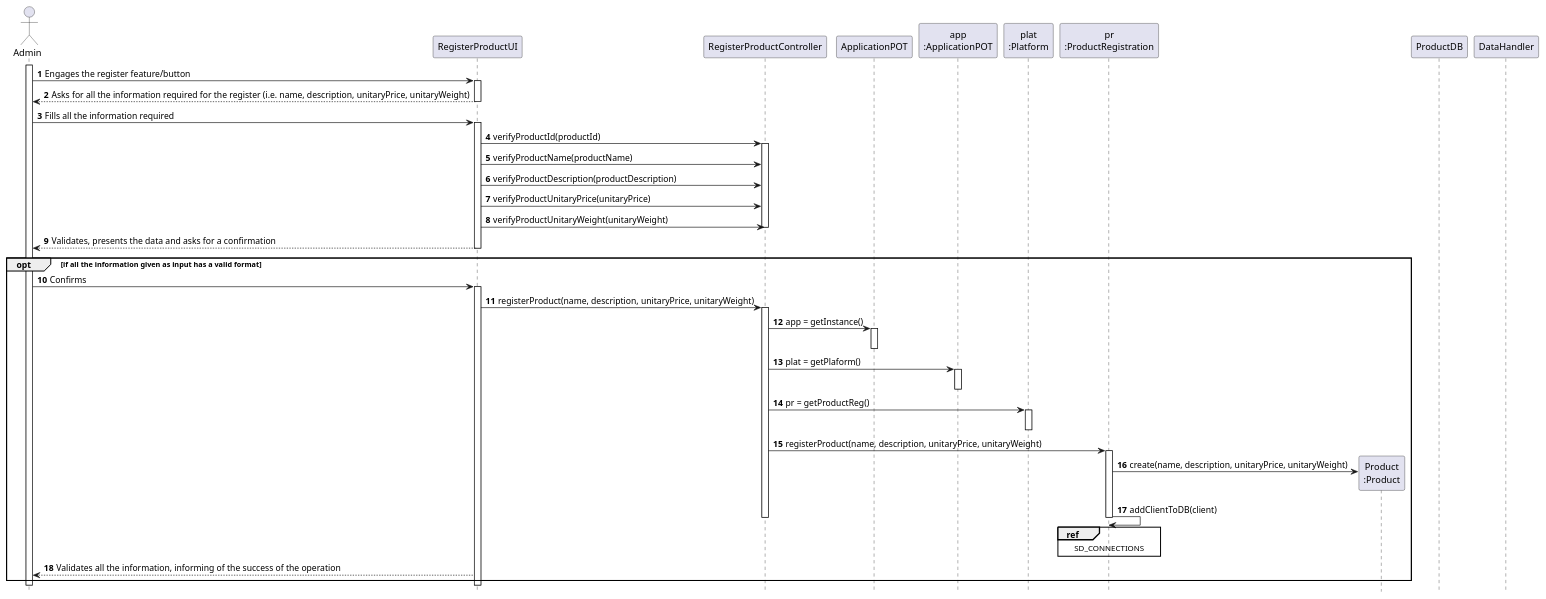
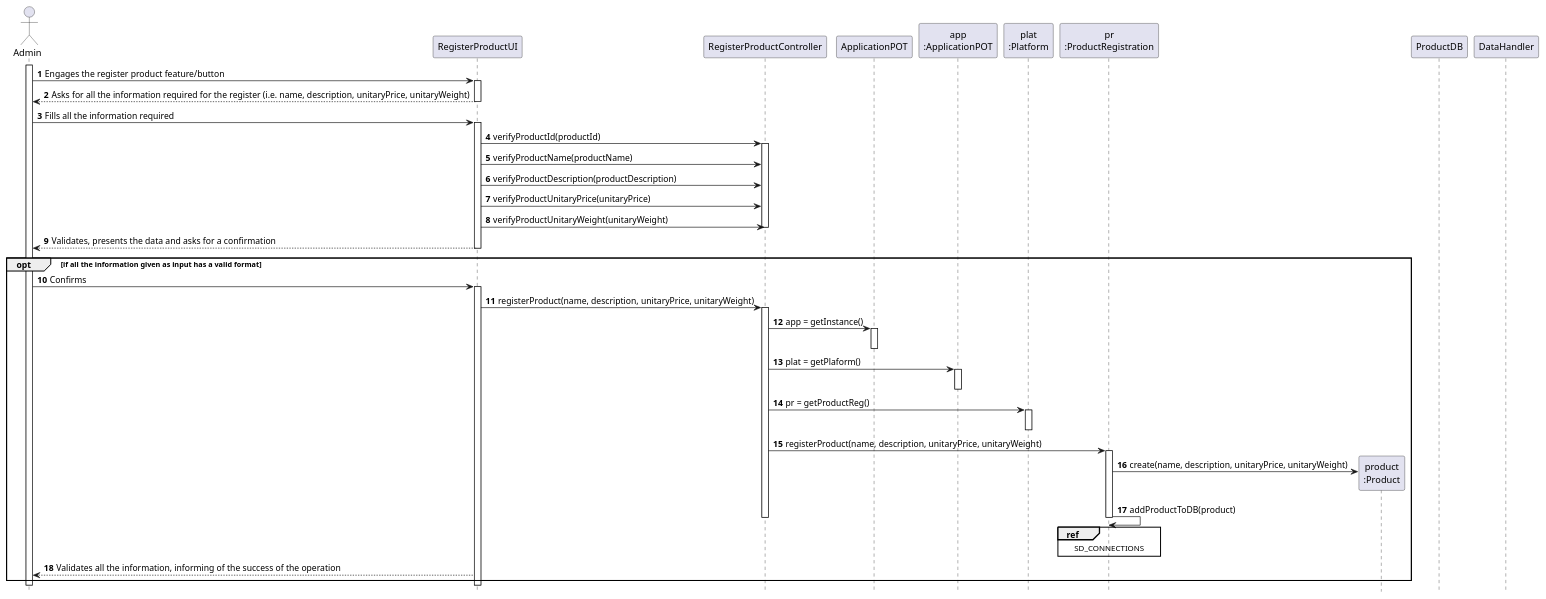
Before and after one commit to tiagoavcosta25/LAPR3: the diagram in docs/Iteration 1/Product Management/US70_RegisterProduct/US70_SD.puml, drawn with PlantUML. The commit also changed 10 other files, not shown here.

```diff
--- a/docs/Iteration 1/Product Management/US70_RegisterProduct/US70_SD.puml
+++ b/docs/Iteration 1/Product Management/US70_RegisterProduct/US70_SD.puml
@@ -1,84 +1,84 @@
 @startuml
 autonumber
 hide footbox
 
 actor "Admin" as U
 
 participant "RegisterProductUI" as UI
 participant "RegisterProductController" as CTRL
 participant "ApplicationPOT" as _APP
 participant "app\n:ApplicationPOT" as APP
 participant "plat\n:Platform" as PLAT
 participant "pr\n:ProductRegistration" as PREG
 
-participant "Product\n:Product" as PROD
+participant "product\n:Product" as PROD
 
 participant "ProductDB" as DB
 participant "DataHandler" as DH
 
 activate U
 
-U -> UI : Engages the register feature/button
+U -> UI : Engages the register product feature/button
 activate UI
 
 UI --> U : Asks for all the information required for the register (i.e. name, description, unitaryPrice, unitaryWeight)
 
 
 deactivate UI
 U -> UI : Fills all the information required
 activate UI
 
 
 UI -> CTRL : verifyProductId(productId)
 activate CTRL
 UI -> CTRL : verifyProductName(productName)
 UI -> CTRL : verifyProductDescription(productDescription)
 UI -> CTRL : verifyProductUnitaryPrice(unitaryPrice)
 UI -> CTRL : verifyProductUnitaryWeight(unitaryWeight)
 deactivate CTRL
 
 UI --> U : Validates, presents the data and asks for a confirmation
 deactivate UI
 
 opt if all the information given as input has a valid format
 
 
 U -> UI : Confirms
 activate UI
 UI -> CTRL : registerProduct(name, description, unitaryPrice, unitaryWeight)
 activate CTRL
 CTRL -> _APP: app = getInstance()
 activate _APP
 deactivate _APP
 
 CTRL -> APP: plat = getPlaform()
 activate APP
 deactivate APP
 CTRL -> PLAT : pr = getProductReg()
 activate PLAT
 deactivate PLAT
 
 CTRL -> PREG : registerProduct(name, description, unitaryPrice, unitaryWeight)
 activate PREG
 
 
 PREG -> PROD** : create(name, description, unitaryPrice, unitaryWeight)
 
-PREG -> PREG : addClientToDB(client)
+PREG -> PREG : addProductToDB(product)
 ref over PREG
 SD_CONNECTIONS
 end ref
 
 
 deactivate PREG
 
 
 
 deactivate CTRL
 UI --> U : Validates all the information, informing of the success of the operation
 end opt
 deactivate UI
 deactivate U
 
 
 @enduml
```
